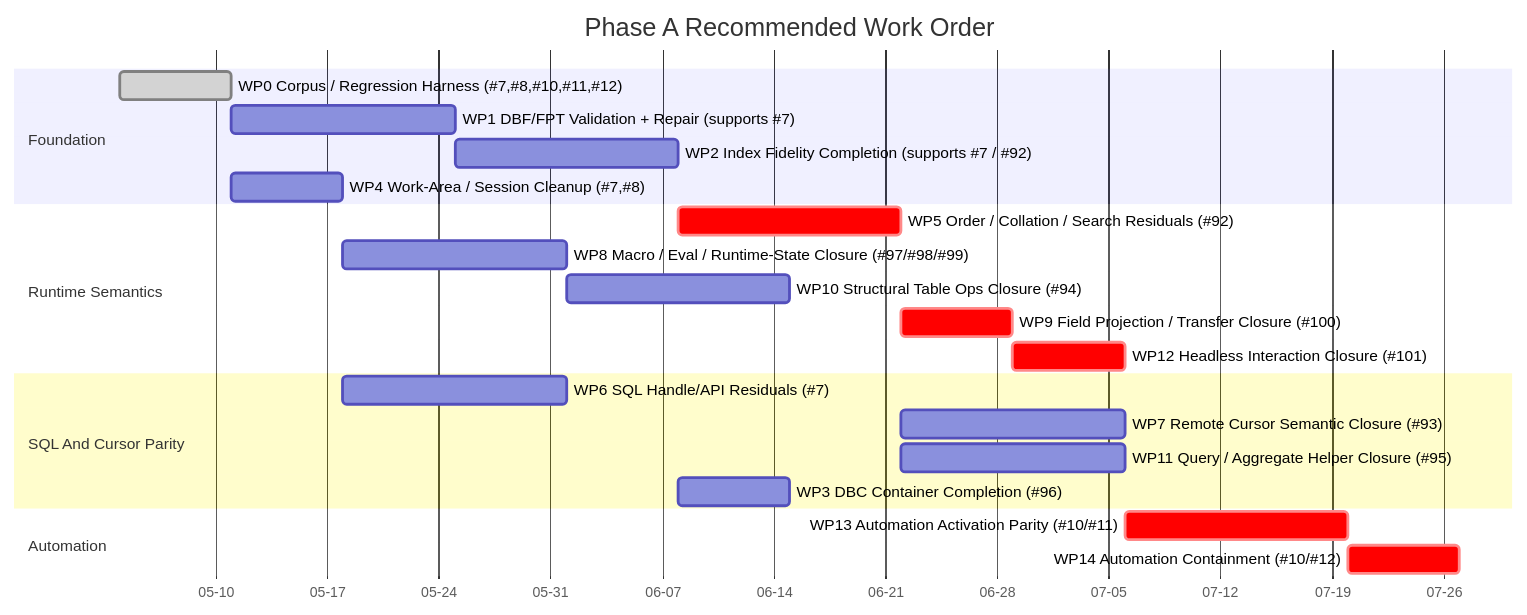
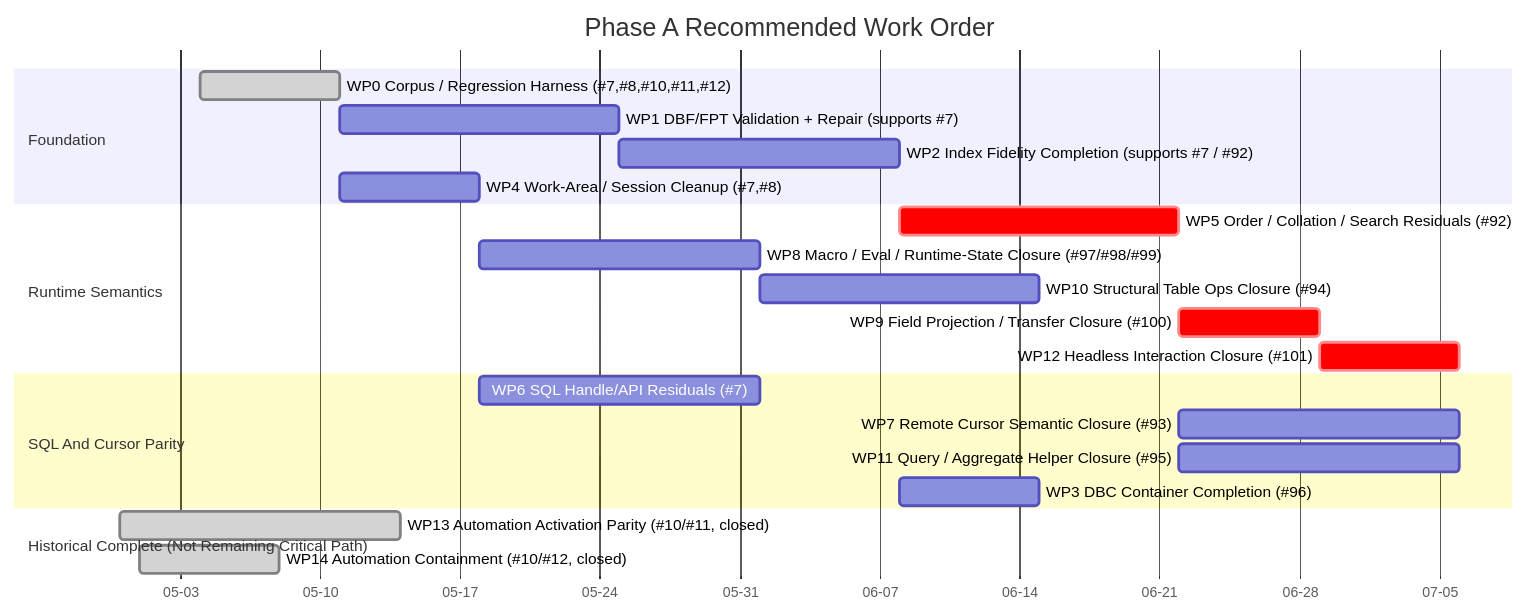
Before and after one commit to rhamenator/Project-Copperfin: the second of 3 diagrams in docs/23-phase-a-dependency-breakdown.md, drawn with Mermaid. The commit also changed other lines of this file, not shown here.

Commit message:
docs: update Phase A dependency breakdown to reflect historical completion of automation activation and containment, and adjust critical path for remaining work

````diff
--- a/docs/23-phase-a-dependency-breakdown.md
+++ b/docs/23-phase-a-dependency-breakdown.md
@@ -207,29 +206,29 @@
 ```mermaid
 gantt
     title Phase A Recommended Work Order
     dateFormat  YYYY-MM-DD
     axisFormat  %m-%d
 
     section Foundation
     WP0 Corpus / Regression Harness (#7,#8,#10,#11,#12) :done, wp0, 2026-05-04, 1w
     WP1 DBF/FPT Validation + Repair (supports #7)       :wp1, after wp0, 2w
     WP2 Index Fidelity Completion (supports #7 / #92)   :wp2, after wp1, 2w
     WP4 Work-Area / Session Cleanup (#7,#8)             :wp4, after wp0, 1w
 
     section Runtime Semantics
     WP5 Order / Collation / Search Residuals (#92)      :crit, wp5, after wp2, 2w
     WP8 Macro / Eval / Runtime-State Closure (#97/#98/#99) :wp8, after wp4, 2w
     WP10 Structural Table Ops Closure (#94)             :wp10, after wp8, 2w
     WP9 Field Projection / Transfer Closure (#100)      :crit, wp9, after wp5, 1w
     WP12 Headless Interaction Closure (#101)            :crit, wp12, after wp9, 1w
 
     section SQL And Cursor Parity
     WP6 SQL Handle/API Residuals (#7)                   :wp6, after wp4, 2w
     WP7 Remote Cursor Semantic Closure (#93)           :wp7, after wp5, 2w
     WP11 Query / Aggregate Helper Closure (#95)        :wp11, after wp5, 2w
     WP3 DBC Container Completion (#96)                 :wp3, after wp2, 1w
 
-    section Automation
-    WP13 Automation Activation Parity (#10/#11)        :crit, wp13, after wp12, 2w
-    WP14 Automation Containment (#10/#12)              :crit, wp14, after wp13, 1w
+    section Historical Complete (Not Remaining Critical Path)
+    WP13 Automation Activation Parity (#10/#11, closed)   :done, wp13, 2026-04-30, 2w
+    WP14 Automation Containment (#10/#12, closed)         :done, wp14, 2026-05-01, 1w
 ```
````
